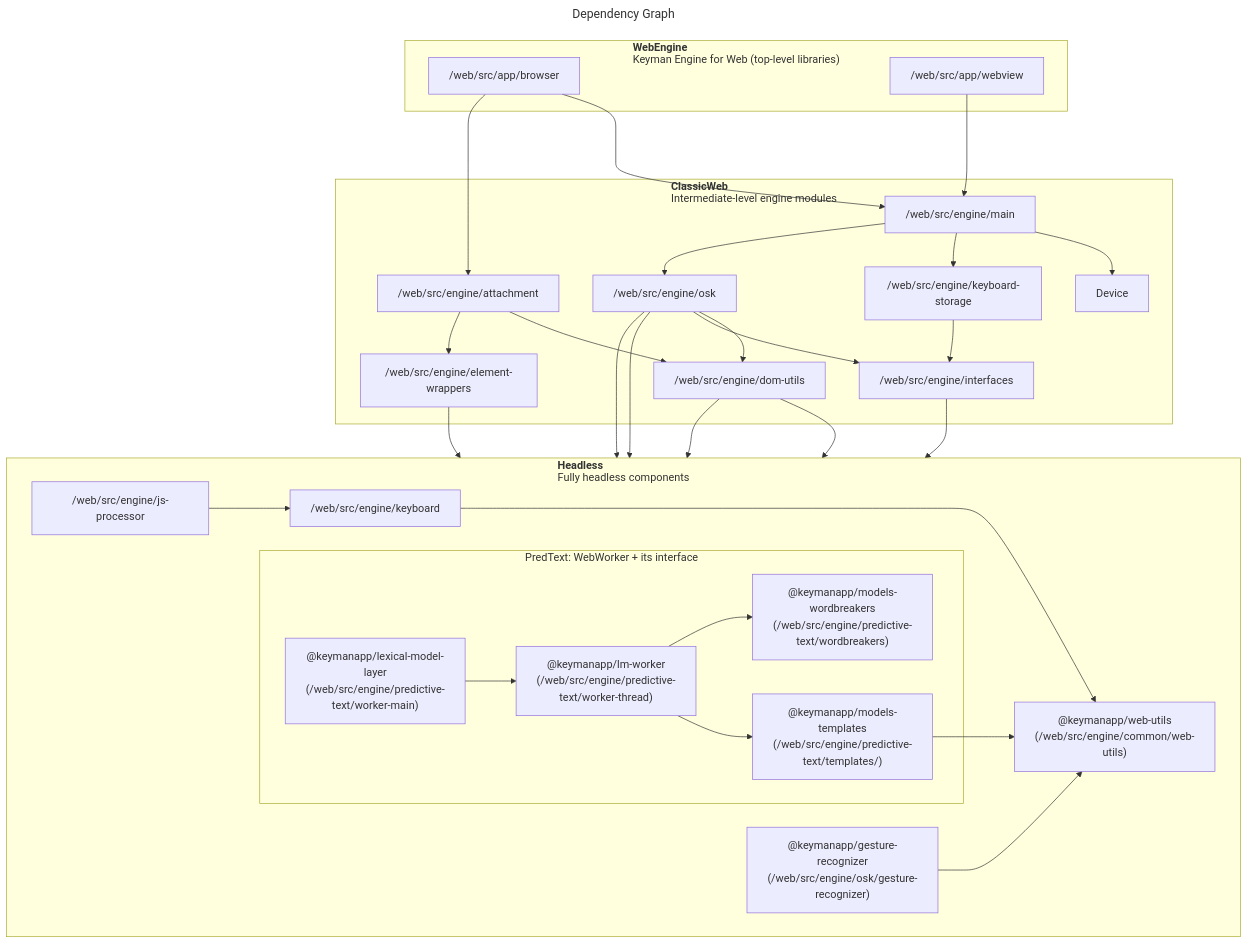
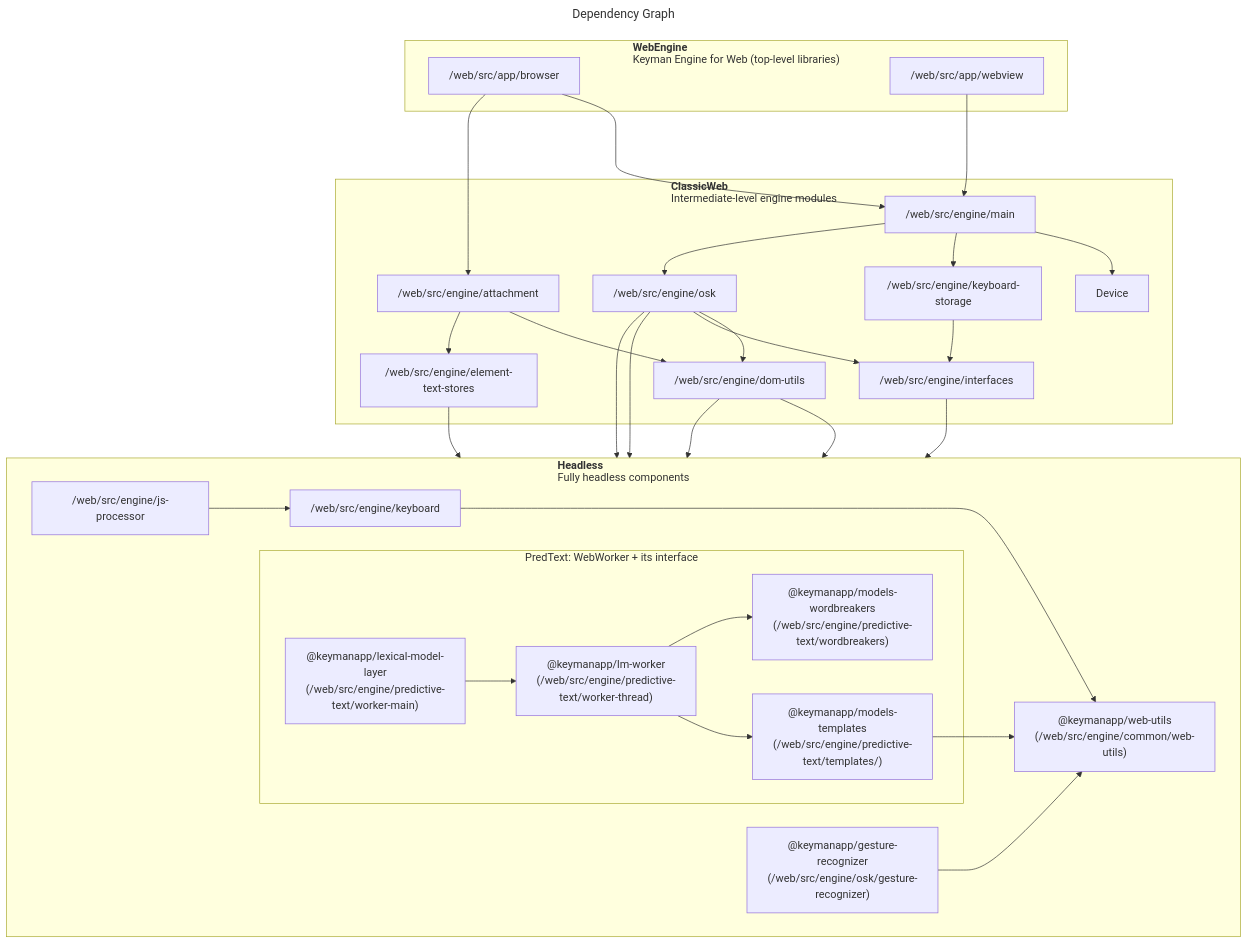
One commit to keymanapp/keyman changed the diagram in web/README.md. Above: the diagram before and after it, drawn with Mermaid. The commit also changed 29 other files, not shown here.

First line of the commit message:
refactor(web): rename directory `element-wrappers` → `element-text-stores`

````diff
--- a/web/README.md
+++ b/web/README.md
@@ -77,75 +77,75 @@
 ```mermaid
 ---
 title: Dependency Graph
 ---
 %% For rendering, use e.g. https://mermaid.live
 %%{init: {"flowchart": {"htmlLabels": false}} }%%
 graph TD;
     OSK["/web/src/engine/osk"];
     KeyboardSpec["/web/src/engine/keyboard"];
     JSProc["/web/src/engine/js-processor"];
     OSK-->KeyboardSpec;
     WebUtils["@keymanapp/web-utils<br>(/web/src/engine/common/web-utils)"];
     KeyboardSpec---->WebUtils;
     Wordbreakers["@keymanapp/models-wordbreakers<br>(/web/src/engine/predictive-text/wordbreakers)"];
     Models["@keymanapp/models-templates<br>(/web/src/engine/predictive-text/templates/)"];
     Models-->WebUtils;
     LMWorker["@keymanapp/lm-worker<br>(/web/src/engine/predictive-text/worker-thread)"];
     LMWorker-->Models;
     LMWorker-->Wordbreakers;
     LMLayer["@keymanapp/lexical-model-layer<br>(/web/src/engine/predictive-text/worker-main)"];
     LMLayer-->LMWorker;
     Gestures["@keymanapp/gesture-recognizer<br>(/web/src/engine/osk/gesture-recognizer)"];
     Gestures-->WebUtils;
 
     subgraph PredText["PredText: WebWorker + its interface"]
         LMLayer;
         LMWorker;
         Models;
         Wordbreakers;
     end
 
     subgraph Headless["`**Headless**
     Fully headless components`"]
         direction LR
         KeyboardSpec;
         JSProc-->KeyboardSpec;
         WebUtils;
         PredText;
         Gestures;
     end
 
     subgraph ClassicWeb["`**ClassicWeb**
     Intermediate-level engine modules`"]
-        Elements["/web/src/engine/element-wrappers"];
+        Elements["/web/src/engine/element-text-stores"];
         Elements-->JSProc;
         KeyboardStorage["/web/src/engine/keyboard-storage"];
         KeyboardStorage-->Interfaces;
         DomUtils["/web/src/engine/dom-utils"];
         DomUtils-->WebUtils;
         DomUtils-->KeyboardSpec;
         OSK-->DomUtils;
         OSK-->Gestures;
         Interfaces["/web/src/engine/interfaces"];
         Interfaces-->KeyboardSpec;
         OSK-->Interfaces;
         CommonEngine["/web/src/engine/main"];
         CommonEngine-->Device;
         CommonEngine-->KeyboardStorage;
         CommonEngine-->OSK;
         Attachment["/web/src/engine/attachment"];
         Attachment-->DomUtils;
         Attachment-->Elements;
     end
 
     subgraph WebEngine["`**WebEngine**
     Keyman Engine for Web (top-level libraries)`"]
         Browser["/web/src/app/browser"];
         WebView["/web/src/app/webview"];
 
         WebView--->CommonEngine;
 
         Browser--->CommonEngine;
         Browser-->Attachment;
     end
 ```
````
